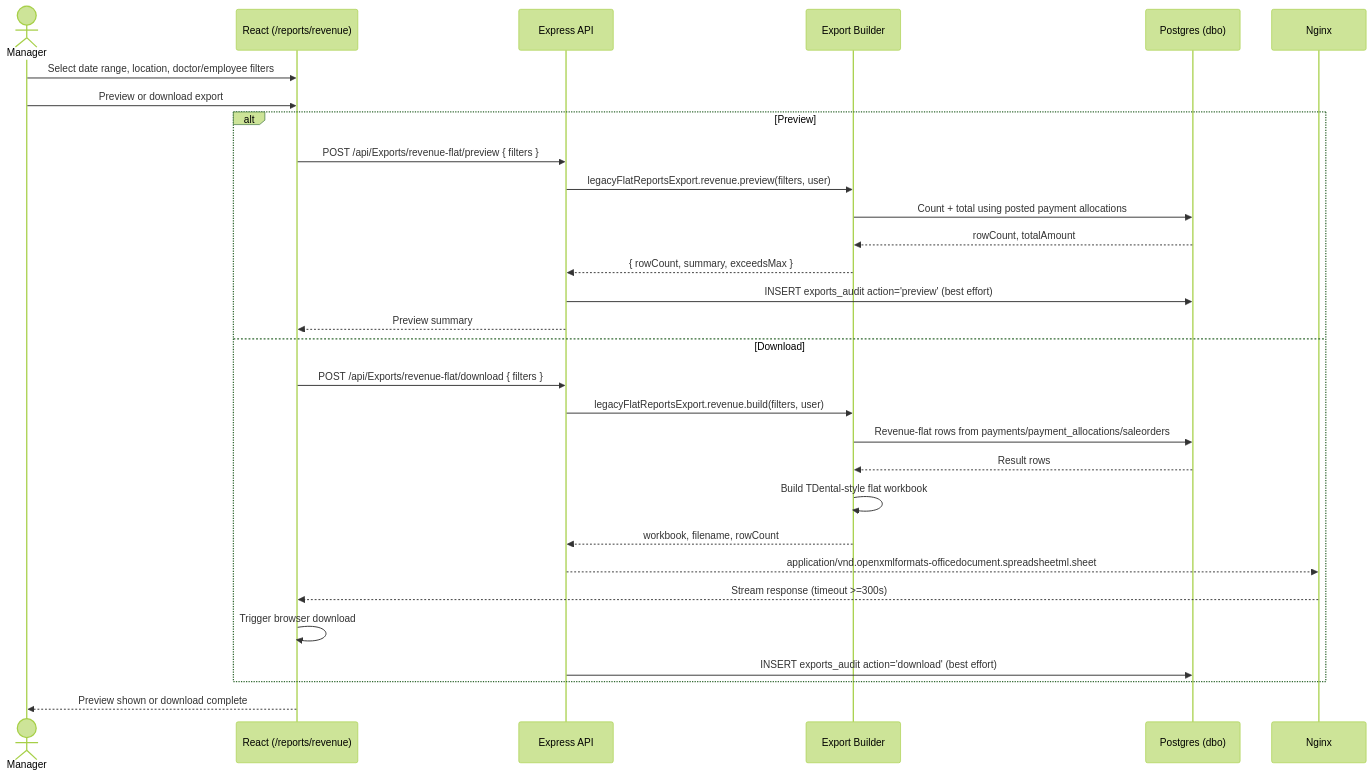
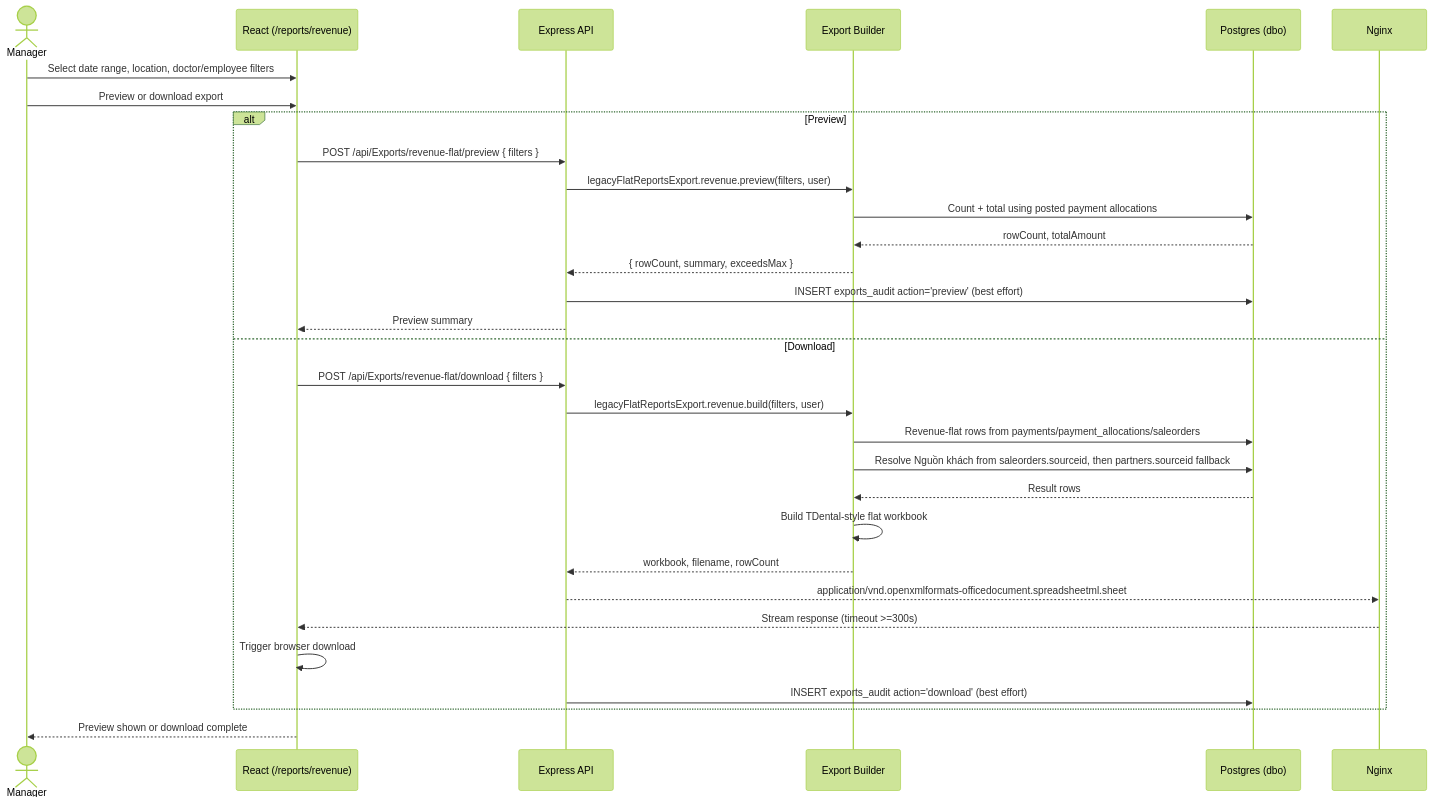
The seventh of 16 diagrams in docs/WORKFLOWS.md (niiiusburo/Tgroup), drawn with Mermaid (forest theme) before and after one commit. The commit also changed other lines of this file and 55 other files, not shown here.

````diff
--- a/docs/WORKFLOWS.md
+++ b/docs/WORKFLOWS.md
@@ -279,33 +279,34 @@
 ```mermaid
 sequenceDiagram
     actor M as Manager
     participant FE as React (/reports/revenue)
     participant API as Express API
     participant Builder as Export Builder
     participant DB as Postgres (dbo)
     participant Nginx as Nginx
 
     M->>FE: Select date range, location, doctor/employee filters
     M->>FE: Preview or download export
     alt Preview
         FE->>API: POST /api/Exports/revenue-flat/preview { filters }
         API->>Builder: legacyFlatReportsExport.revenue.preview(filters, user)
         Builder->>DB: Count + total using posted payment allocations
         DB-->>Builder: rowCount, totalAmount
         Builder-->>API: { rowCount, summary, exceedsMax }
         API->>DB: INSERT exports_audit action='preview' (best effort)
         API-->>FE: Preview summary
     else Download
         FE->>API: POST /api/Exports/revenue-flat/download { filters }
         API->>Builder: legacyFlatReportsExport.revenue.build(filters, user)
         Builder->>DB: Revenue-flat rows from payments/payment_allocations/saleorders
+        Builder->>DB: Resolve Nguồn khách from saleorders.sourceid, then partners.sourceid fallback
         DB-->>Builder: Result rows
         Builder->>Builder: Build TDental-style flat workbook
         Builder-->>API: workbook, filename, rowCount
         API-->>Nginx: application/vnd.openxmlformats-officedocument.spreadsheetml.sheet
         Nginx-->>FE: Stream response (timeout >=300s)
         FE->>FE: Trigger browser download
         API->>DB: INSERT exports_audit action='download' (best effort)
     end
     FE-->>M: Preview shown or download complete
 ```
````
